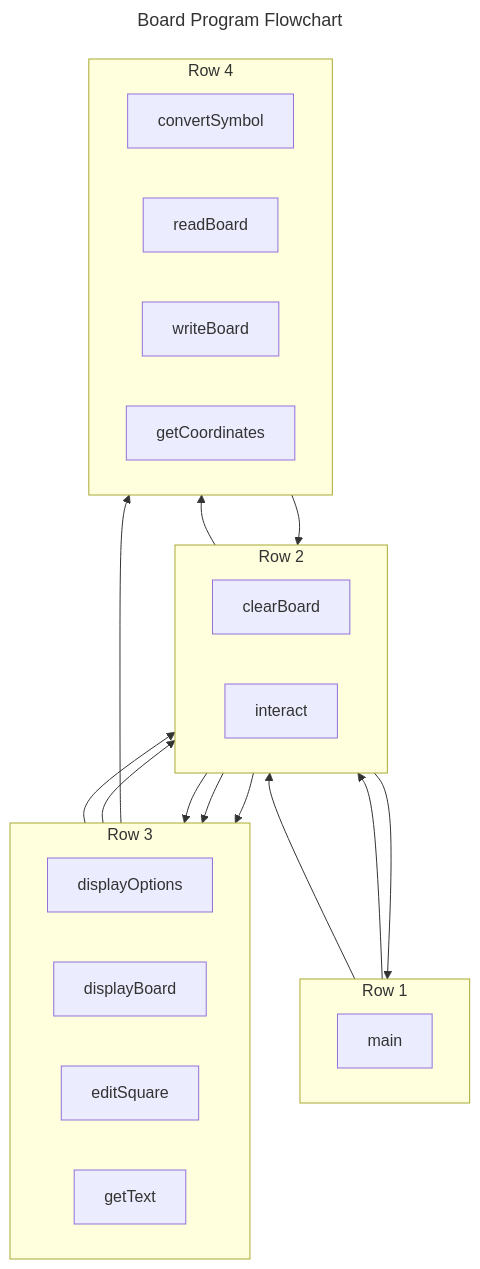
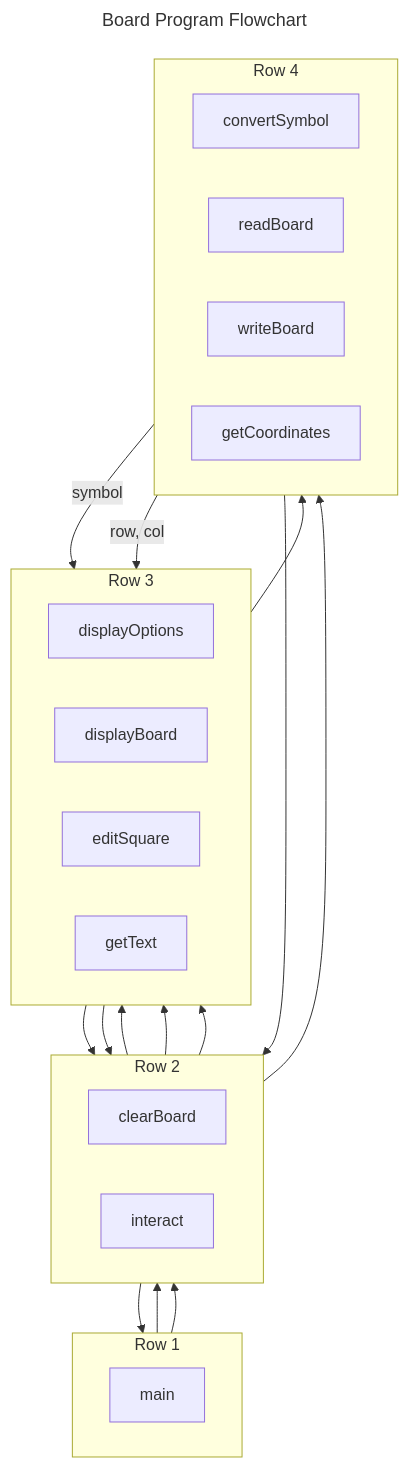
One commit to ehrrsn7/object-oriented-programming changed the diagram in cpp/Unit-1/Chapter-1.0/1.0-Design-Documents.ai.md. Above: the diagram before and after it, drawn with Mermaid.

Commit message:
🤖 AI C21909i11:09 AM: ${AMi8e48AMge} | ${7AM11:09 AMe}

```diff
--- a/cpp/Unit-1/Chapter-1.0/1.0-Design-Documents.ai.md
+++ b/cpp/Unit-1/Chapter-1.0/1.0-Design-Documents.ai.md
@@ -196,51 +196,54 @@
 :::mermaid
 ---
 title: Board Program Flowchart
 layout: hierarchical
 flowchart:
    htmlLabels: false
 ---
 flowchart TB
    subgraph subGraph1["Row 1"]
       direction LR
 
       main["main"]
    end
 
    subgraph subGraph2["Row 2"]
       direction RL
 
       clearBoard["clearBoard"]
       interact["interact"]
    end
 
    subgraph subGraph3["Row 3"]
       direction LR
 
       displayOptions["displayOptions"]
       displayBoard["displayBoard"]
       editSquare["editSquare"]
       getText["getText"]
    end
 
    subgraph subGraph4["Row 4"]
       direction LR
 
       convertSymbol["convertSymbol"]
       readBoard["readBoard"]
       writeBoard["writeBoard"]
       getCoordinates["getCoordinates"]
    end
 
    main --> interact
 
    displayOptions --> interact
    interact --> displayBoard
    readBoard --> interact
    interact --> writeBoard
    interact --> editSquare
    getText --> interact
    clearBoard --> main
 
+   convertSymbol -->|symbol| displayBoard
+   getCoordinates -->|row, col| editSquare
+
    subGraph1 --> subGraph2 --> subGraph3 --> subGraph4
 :::
```
